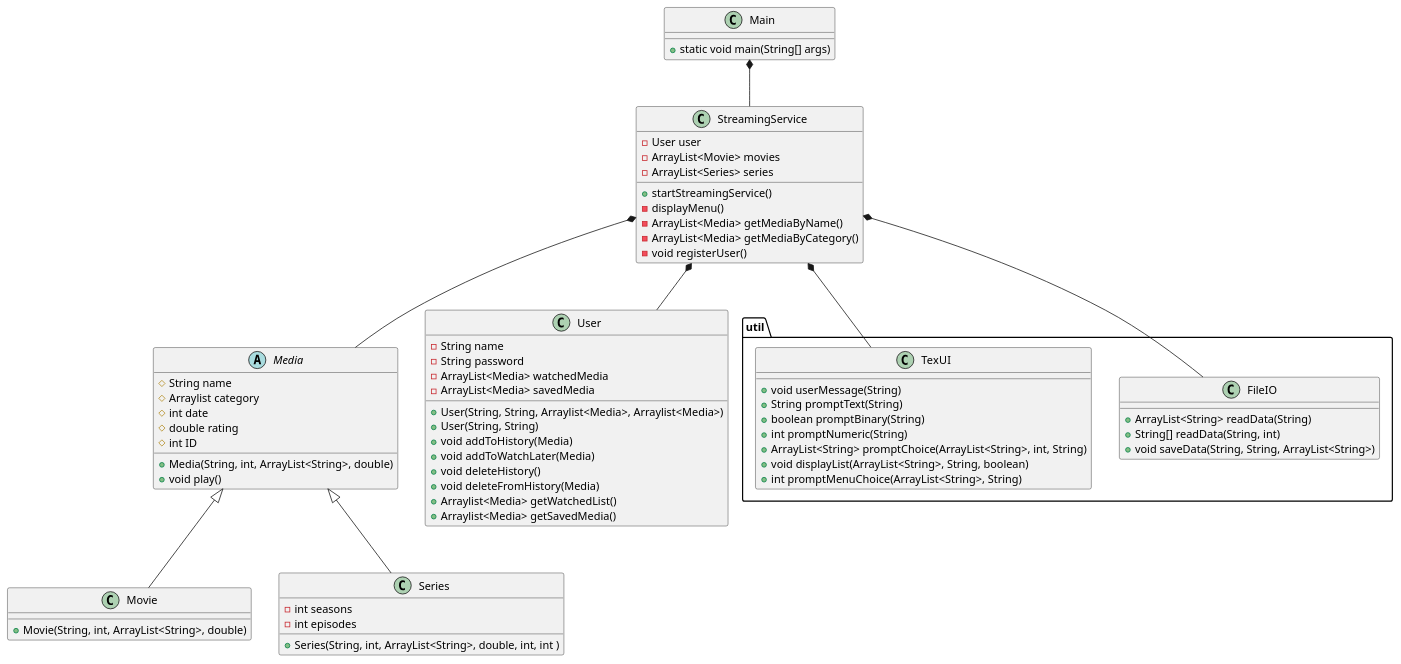
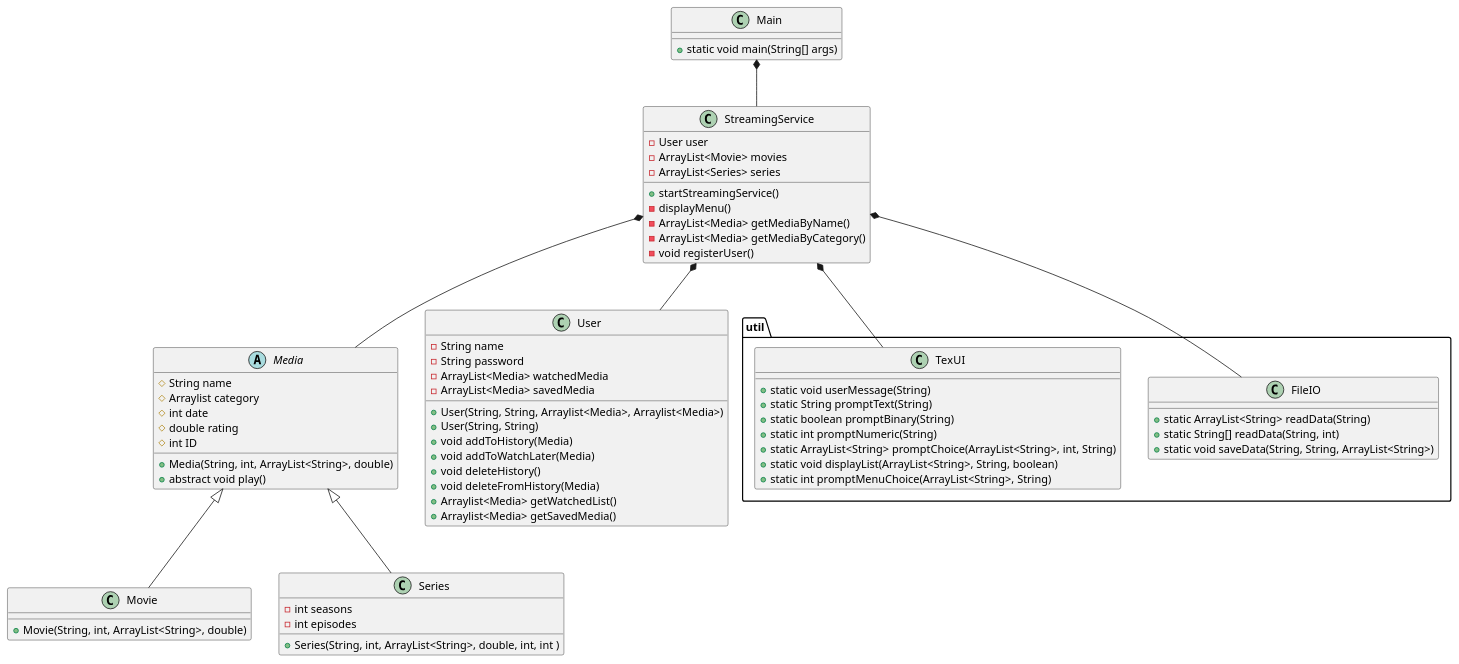
Before and after one commit to Studiegruppe-B/SP3-Streamingtjeneste: the diagram in doc/static/classDiagram.puml, drawn with PlantUML.

Commit message:
gjorde TextUI og FileIO til static

```diff
--- a/doc/static/classDiagram.puml
+++ b/doc/static/classDiagram.puml
@@ -1,83 +1,83 @@
 @startuml
 class Main{
 + static void main(String[] args)
 
 }
 
 class StreamingService{
 - User user
 - ArrayList<Movie> movies
 - ArrayList<Series> series
 + startStreamingService()
 - displayMenu()
 - ArrayList<Media> getMediaByName()
 - ArrayList<Media> getMediaByCategory()
 - void registerUser()
 }
 
 
 
 
 abstract class Media{
 # String name
 # Arraylist category
 # int date
 # double rating
 # int ID
 + Media(String, int, ArrayList<String>, double)
-+ void play()
++ abstract void play()
 
 }
 
 class Movie{
 + Movie(String, int, ArrayList<String>, double)
 }
 
 class Series{
 + Series(String, int, ArrayList<String>, double, int, int )
 - int seasons
 - int episodes
 }
 
 class User{
 - String name
 - String password
 - ArrayList<Media> watchedMedia
 - ArrayList<Media> savedMedia
 + User(String, String, Arraylist<Media>, Arraylist<Media>)
 + User(String, String)
 + void addToHistory(Media)
 + void addToWatchLater(Media)
 + void deleteHistory()
 + void deleteFromHistory(Media)
 + Arraylist<Media> getWatchedList()
 + Arraylist<Media> getSavedMedia()
 }
 
 package "util"{
-static class FileIO{
-+ ArrayList<String> readData(String)
-+ String[] readData(String, int)
-+ void saveData(String, String, ArrayList<String>)
+class FileIO{
++ static ArrayList<String> readData(String)
++ static String[] readData(String, int)
++ static void saveData(String, String, ArrayList<String>)
 }
 
-static class TexUI{
-+ void userMessage(String)
-+ String promptText(String)
-+ boolean promptBinary(String)
-+ int promptNumeric(String)
-+ ArrayList<String> promptChoice(ArrayList<String>, int, String)
-+ void displayList(ArrayList<String>, String, boolean)
-+ int promptMenuChoice(ArrayList<String>, String)
+class TexUI{
++ static void userMessage(String)
++ static String promptText(String)
++ static boolean promptBinary(String)
++ static int promptNumeric(String)
++ static ArrayList<String> promptChoice(ArrayList<String>, int, String)
++ static void displayList(ArrayList<String>, String, boolean)
++ static int promptMenuChoice(ArrayList<String>, String)
 
 }
 }
 
 Main *-- StreamingService
 StreamingService *-- Media
 StreamingService *-- FileIO
 StreamingService *-- TexUI
 StreamingService *-- User
 Media <|-- Movie
 Media <|-- Series
 @enduml
```
